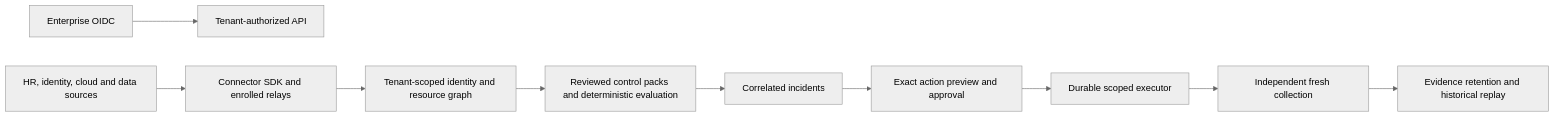
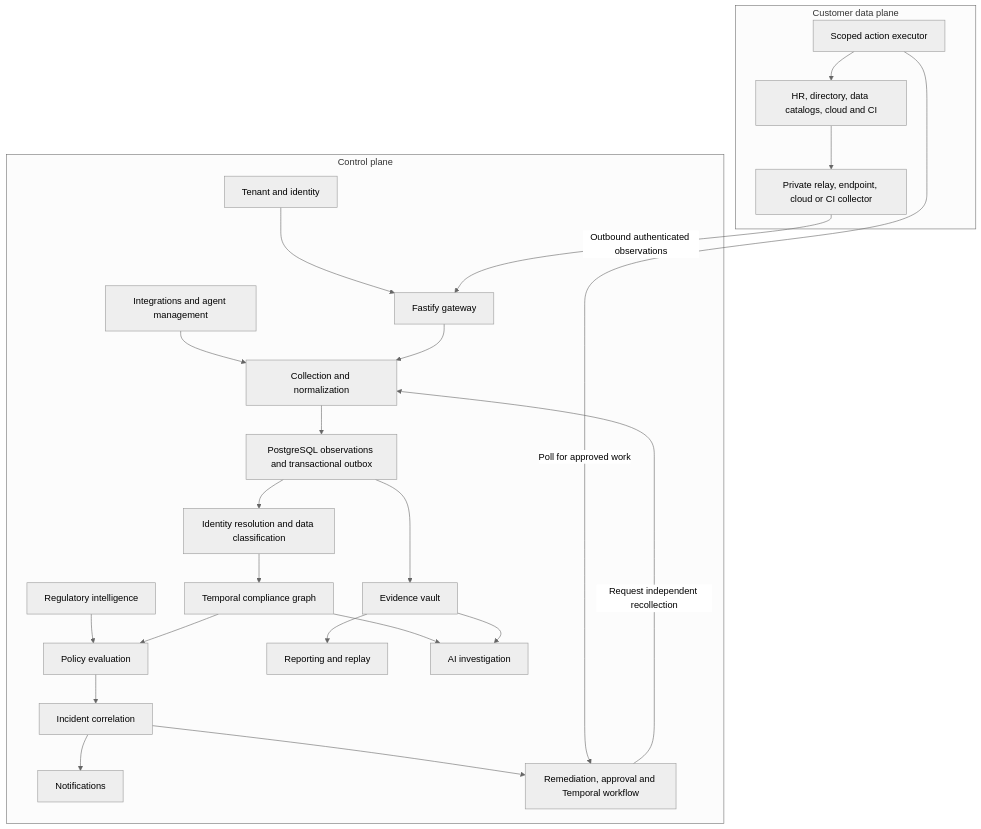
Before and after one commit to knight099/ComplianceAgent: the second of 3 diagrams in docs/architecture.md, drawn with Mermaid (neutral theme). The commit also changed other lines of this file and 3 other files, not shown here.

Commit message:
Align architecture and delivery plan with ComplyOS 2.0 design

````diff
--- a/docs/architecture.md
+++ b/docs/architecture.md
@@ -42,12 +44,26 @@
 ```mermaid
-flowchart LR
- IdP["Enterprise OIDC"] --> API["Tenant-authorized API"]
- Sources["HR, identity, cloud and data sources"] --> SDK["Connector SDK and enrolled relays"]
- SDK --> Graph["Tenant-scoped identity and resource graph"]
- Graph --> Rules["Reviewed control packs and deterministic evaluation"]
- Rules --> Incidents["Correlated incidents"]
- Incidents --> Approval["Exact action preview and approval"]
- Approval --> Worker["Durable scoped executor"]
- Worker --> Verify["Independent fresh collection"]
- Verify --> Replay["Evidence retention and historical replay"]
+flowchart TB
+ subgraph Customer["Customer data plane"]
+   Sources["HR, directory, data catalogs, cloud and CI"] --> Collect["Private relay, endpoint, cloud or CI collector"]
+   Execute["Scoped action executor"] --> Sources
+ end
+ subgraph Control["Control plane"]
+   IAM["Tenant and identity"] --> API["Fastify gateway"]
+   Admin["Integrations and agent management"] --> Collection["Collection and normalization"]
+   API --> Collection
+   Collection --> Events["PostgreSQL observations and transactional outbox"]
+   Events --> Resolve["Identity resolution and data classification"]
+   Resolve --> Graph["Temporal compliance graph"]
+   Regulatory["Regulatory intelligence"] --> Policy["Policy evaluation"]
+   Graph --> Policy --> Incidents["Incident correlation"]
+   Incidents --> Notify["Notifications"]
+   Incidents --> Action["Remediation, approval and Temporal workflow"]
+   Events --> Evidence["Evidence vault"]
+   Evidence --> Reports["Reporting and replay"]
+   Graph --> AI["AI investigation"]
+   Evidence --> AI
+ end
+ Collect -->|Outbound authenticated observations| API
+ Execute -->|Poll for approved work| Action
+ Action -->|Request independent recollection| Collection
 ```
````
